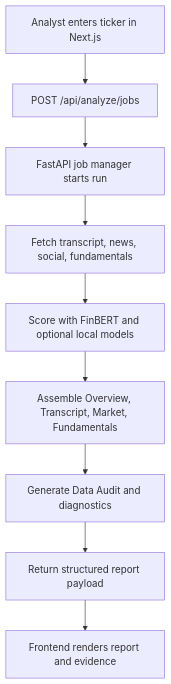
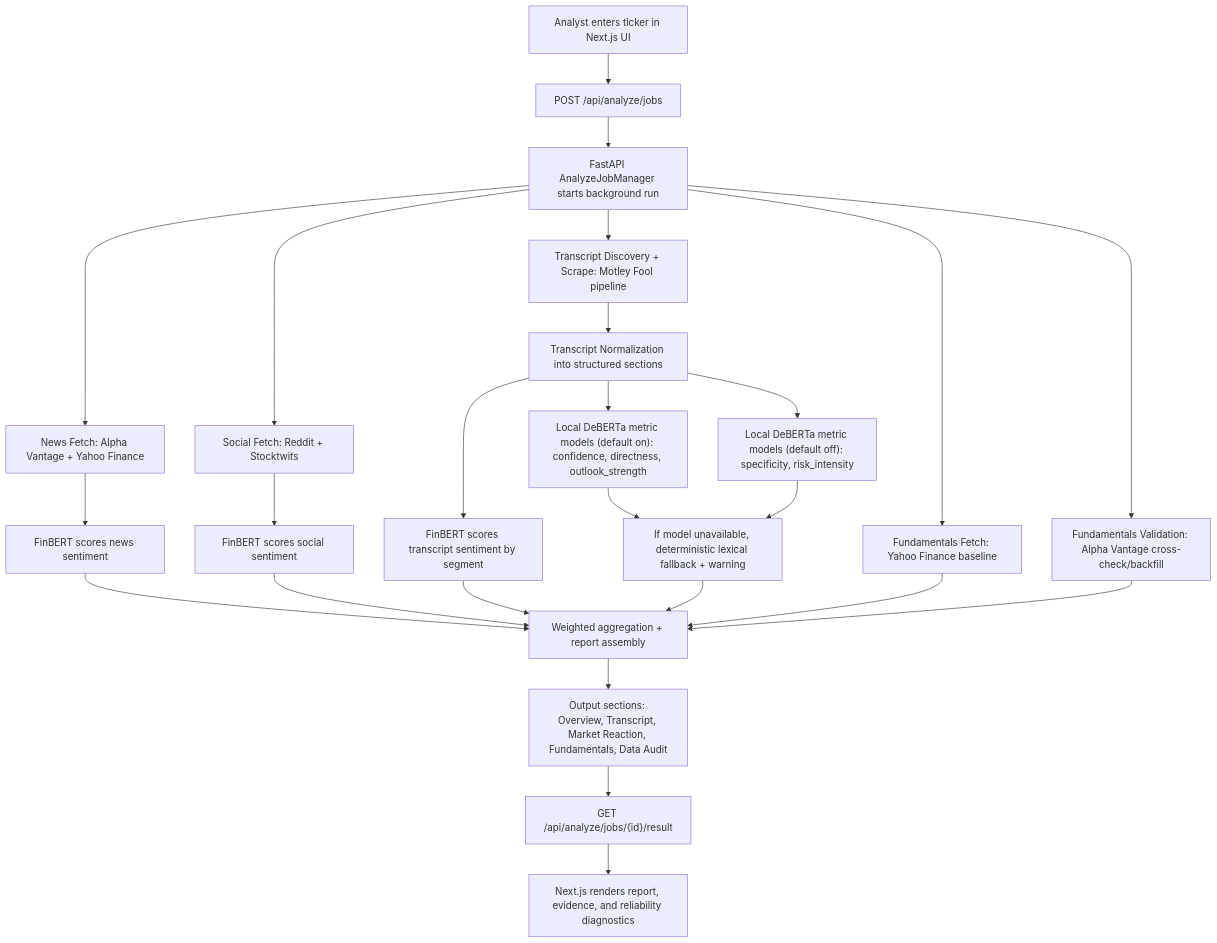
The diagram in docs/project-dossier/05-process-diagram.md (loooukas/Bertfolio), drawn with Mermaid before and after one commit. The commit also changed other lines of this file, not shown here.

Commit message:
Expand process diagram with explicit sources and default DeBERTa metric flow

````diff
--- a/docs/project-dossier/05-process-diagram.md
+++ b/docs/project-dossier/05-process-diagram.md
@@ -3,11 +3,32 @@
 ```mermaid
 flowchart TD
-  A["Analyst enters ticker in Next.js"] --> B["POST /api/analyze/jobs"]
-  B --> C["FastAPI job manager starts run"]
-  C --> D["Fetch transcript, news, social, fundamentals"]
-  D --> E["Score with FinBERT and optional local models"]
-  E --> F["Assemble Overview, Transcript, Market, Fundamentals"]
-  F --> G["Generate Data Audit and diagnostics"]
-  G --> H["Return structured report payload"]
-  H --> I["Frontend renders report and evidence"]
+  A["Analyst enters ticker in Next.js UI"] --> B["POST /api/analyze/jobs"]
+  B --> C["FastAPI AnalyzeJobManager starts background run"]
+
+  C --> D1["News Fetch: Alpha Vantage + Yahoo Finance"]
+  C --> D2["Social Fetch: Reddit + Stocktwits"]
+  C --> D3["Fundamentals Fetch: Yahoo Finance baseline"]
+  C --> D4["Fundamentals Validation: Alpha Vantage cross-check/backfill"]
+  C --> D5["Transcript Discovery + Scrape: Motley Fool pipeline"]
+  D5 --> D6["Transcript Normalization into structured sections"]
+
+  D1 --> E1["FinBERT scores news sentiment"]
+  D2 --> E2["FinBERT scores social sentiment"]
+  D6 --> E3["FinBERT scores transcript sentiment by segment"]
+
+  D6 --> F1["Local DeBERTa metric models (default on): confidence, directness, outlook_strength"]
+  D6 --> F2["Local DeBERTa metric models (default off): specificity, risk_intensity"]
+  F1 --> F3["If model unavailable, deterministic lexical fallback + warning"]
+  F2 --> F3
+
+  E1 --> G["Weighted aggregation + report assembly"]
+  E2 --> G
+  E3 --> G
+  F3 --> G
+  D3 --> G
+  D4 --> G
+
+  G --> H["Output sections: Overview, Transcript, Market Reaction, Fundamentals, Data Audit"]
+  H --> I["GET /api/analyze/jobs/{id}/result"]
+  I --> J["Next.js renders report, evidence, and reliability diagnostics"]
 ```
````
